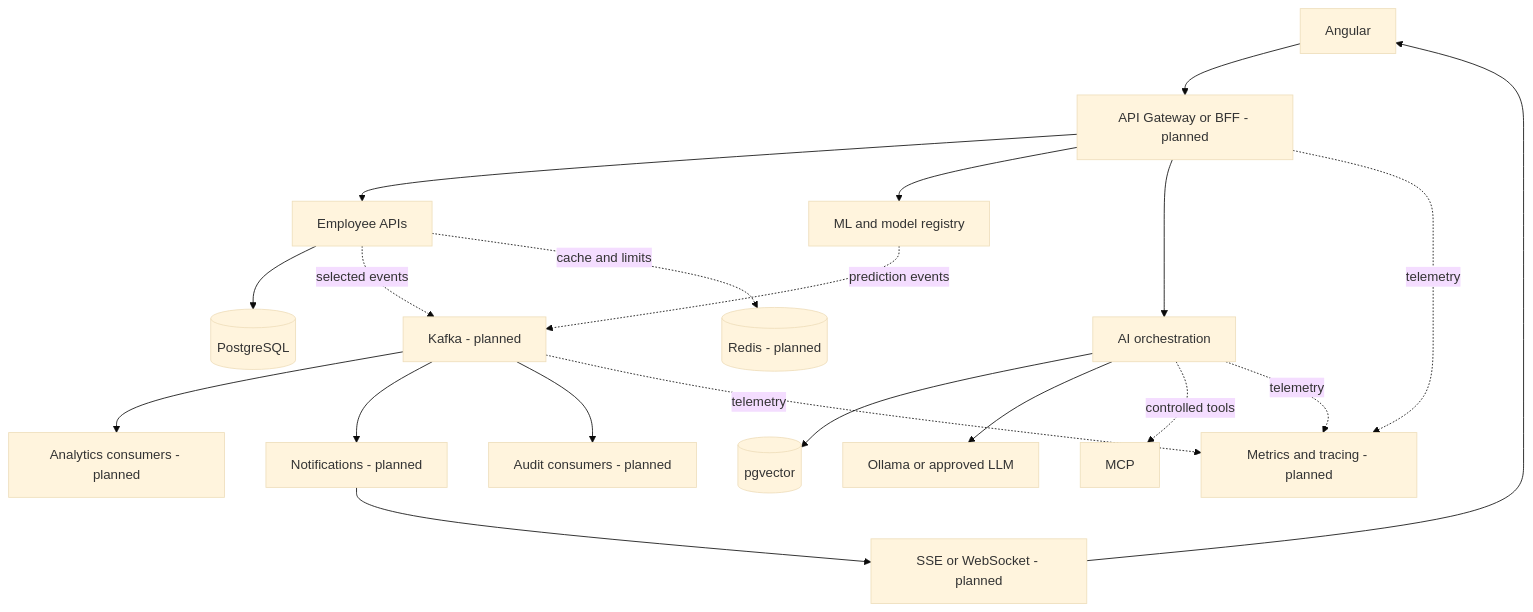
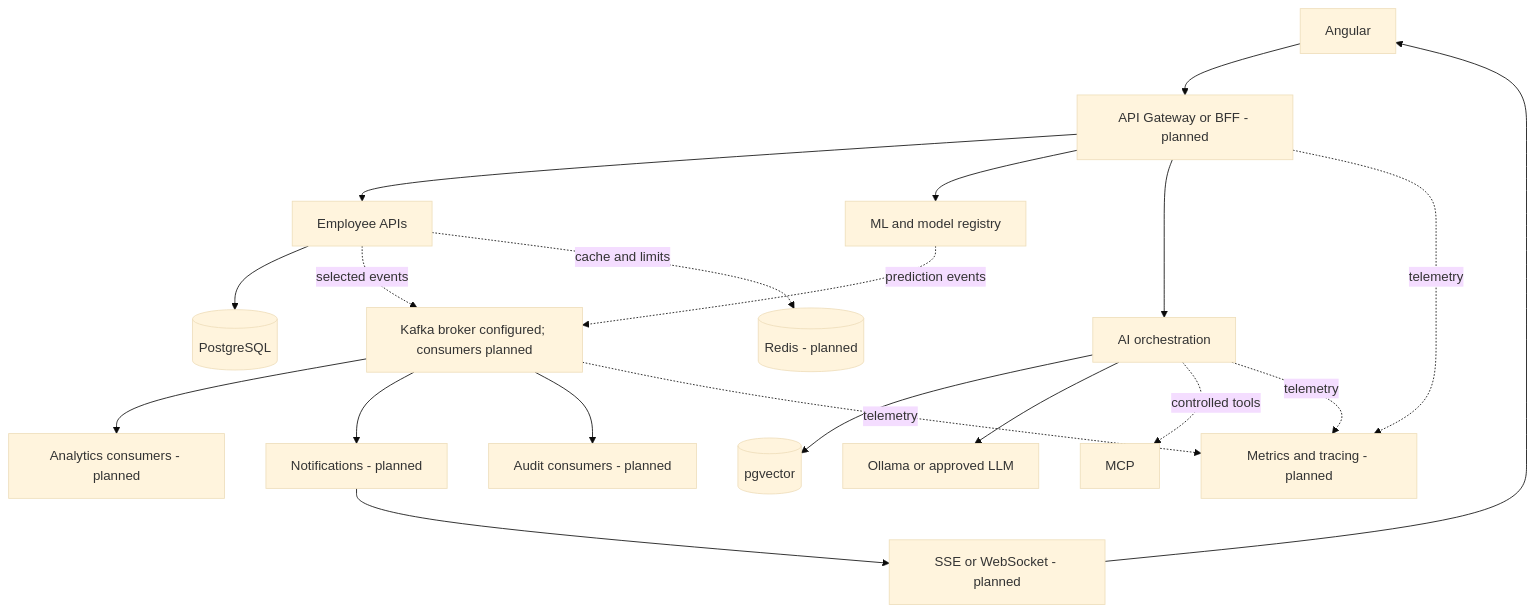
The second of 4 diagrams in README.md (Anilg1997/employee-intelligence-platform), drawn with Mermaid (base theme) before and after one commit. The commit also changed other lines of this file and 109 other files, not shown here.

````diff
--- a/README.md
+++ b/README.md
@@ -74,22 +74,22 @@
 ```mermaid
 flowchart TD
     UI[Angular] --> GW[API Gateway or BFF - planned]
     GW --> EMP[Employee APIs]
     GW --> ML[ML and model registry]
     GW --> AI[AI orchestration]
     EMP --> PG[(PostgreSQL)]
     AI --> VEC[(pgvector)]
     AI --> LLM[Ollama or approved LLM]
     AI -. controlled tools .-> MCP[MCP]
-    EMP -. selected events .-> K[Kafka - planned]
+    EMP -. selected events .-> K[Kafka broker configured; consumers planned]
     ML -. prediction events .-> K
     K --> AN[Analytics consumers - planned]
     K --> N[Notifications - planned]
     K --> AU[Audit consumers - planned]
     N --> RT[SSE or WebSocket - planned]
     RT --> UI
     EMP -. cache and limits .-> R[(Redis - planned)]
     GW -. telemetry .-> OBS[Metrics and tracing - planned]
     AI -. telemetry .-> OBS
     K -. telemetry .-> OBS
 ```
````
